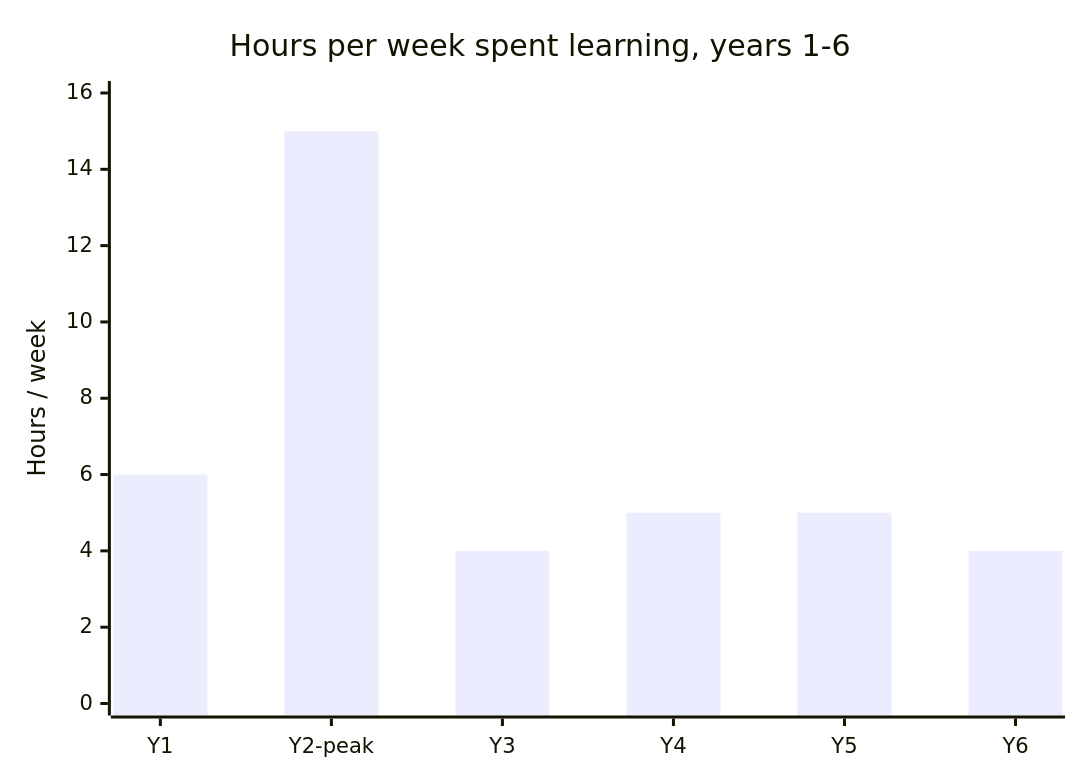
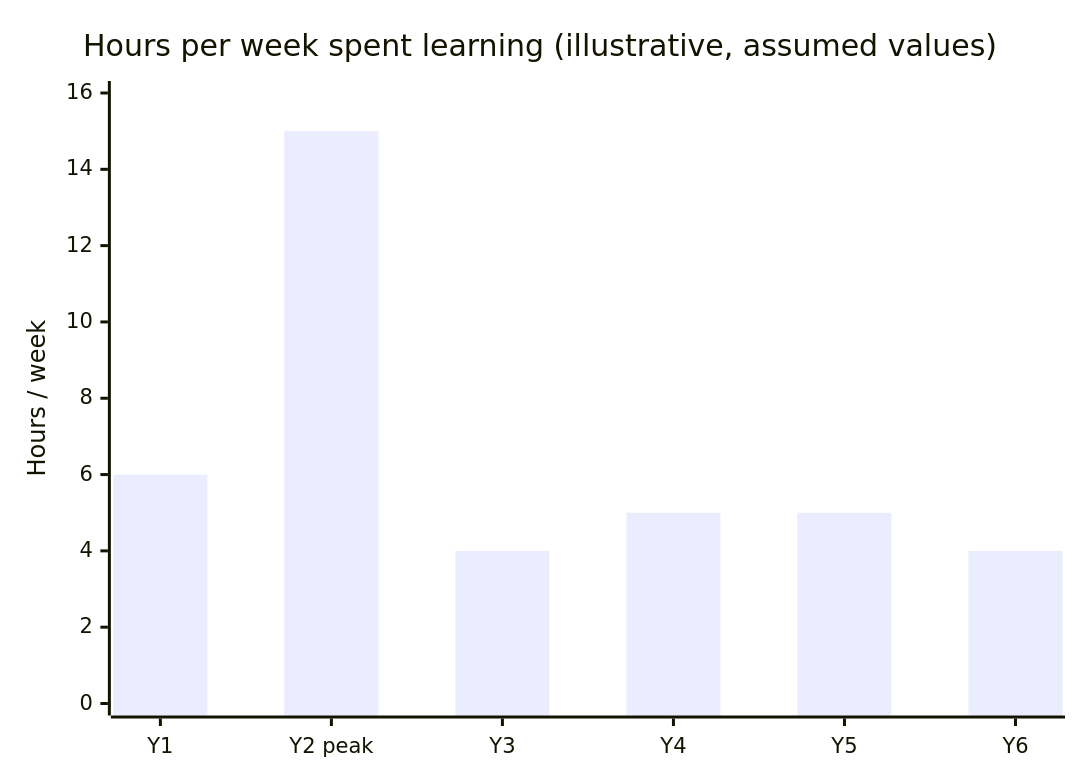
One commit to francoandreDev/knowledge changed the diagram in src/content/sustainable-performance/sustainable-long-term-learning-pace/L3-deep-dive.mdx. Above: the diagram before and after it, drawn with Mermaid. The commit also changed other lines of this file and 16 other files, not shown here.

````diff
--- a/src/content/sustainable-performance/sustainable-long-term-learning-pace/L3-deep-dive.mdx
+++ b/src/content/sustainable-performance/sustainable-long-term-learning-pace/L3-deep-dive.mdx
@@ -89,7 +81,7 @@
 ```mermaid
 xychart-beta
-    title "Hours per week spent learning, years 1-6"
-    x-axis [Y1, Y2-peak, Y3, Y4, Y5, Y6]
+    title "Hours per week spent learning (illustrative, assumed values)"
+    x-axis [Y1, "Y2 peak", Y3, Y4, Y5, Y6]
     y-axis "Hours / week" 0 --> 16
     bar [6, 15, 4, 5, 5, 4]
 ```
````
